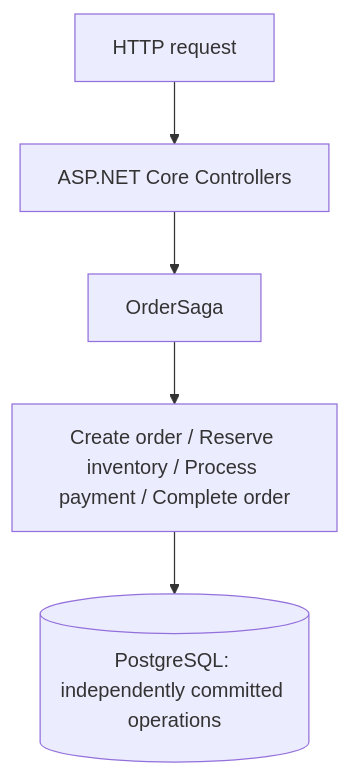
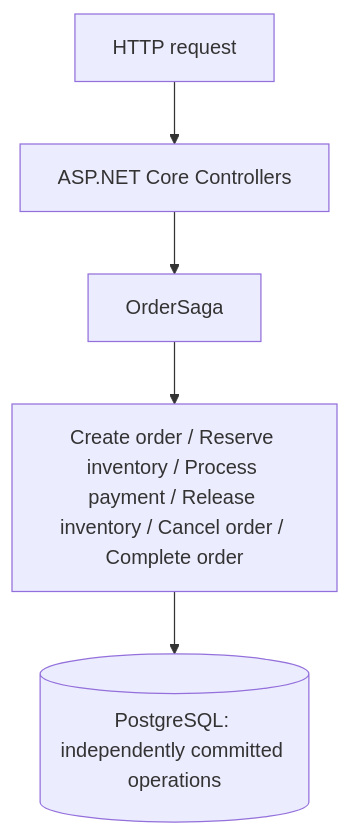
Before and after one commit to Luqa1/Engineering-Playground: the first of 3 diagrams in 05-saga-pattern/README.md, drawn with Mermaid. The commit also changed other lines of this file and 6 other files, not shown here.

````diff
--- a/05-saga-pattern/README.md
+++ b/05-saga-pattern/README.md
@@ -25,7 +25,7 @@
 ```mermaid
 flowchart TD
     HTTP[HTTP request] --> Controller[ASP.NET Core Controllers]
     Controller --> Processor[OrderSaga]
-    Processor --> Operations[Create order / Reserve inventory / Process payment / Complete order]
+    Processor --> Operations[Create order / Reserve inventory / Process payment / Release inventory / Cancel order / Complete order]
     Operations --> DB[(PostgreSQL: independently committed operations)]
 ```
````
